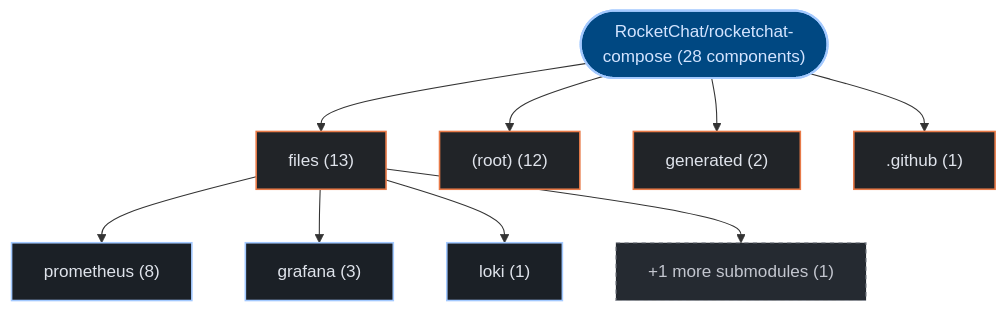
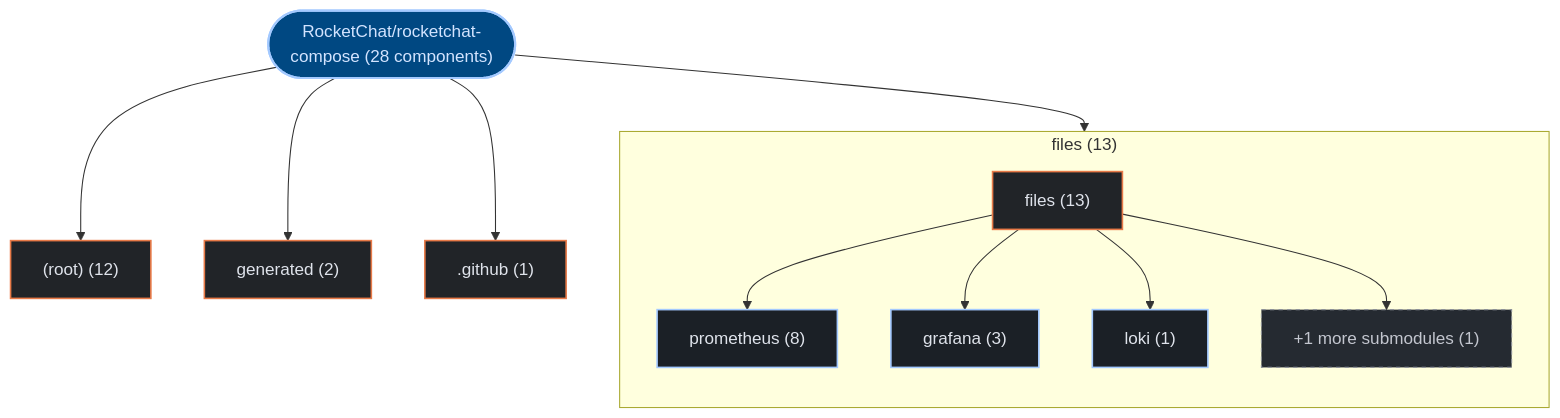
One commit to kumarshaz/atruss-code-atlas changed the first of 3 diagrams in exports/latest/reports/RocketChat-rocketchat-compose-report.md. Above: the diagram before and after it, drawn with Mermaid. The commit also changed 178 other files, not shown here.

Commit message:
feat(ui,mermaid): upgrade to mermaid v12 + ELK layout, add orgs-summary + pagination, subgraph building blocks, fix tab alignment

````diff
--- a/exports/latest/reports/RocketChat-rocketchat-compose-report.md
+++ b/exports/latest/reports/RocketChat-rocketchat-compose-report.md
@@ -41,27 +41,30 @@
 ```mermaid
 graph TD;
   classDef atlasRoot fill:#004882,stroke:#a3c9ff,stroke-width:2px,color:#d3e4ff
   classDef atlasCategory fill:#212428,stroke:#E87A48,stroke-width:1.5px,color:#dfe3eb
   classDef atlasWorkflow fill:#1b2026,stroke:#a3c9ff,stroke-width:1.5px,color:#dfe3eb
   classDef atlasJob fill:#171c22,stroke:#8d9199,stroke-width:1px,color:#dfe3eb
   classDef atlasTarget fill:#005227,stroke:#8bd99b,stroke-width:1.5px,color:#a7f6b6
   classDef atlasAlert fill:#93000a,stroke:#ffb4ab,stroke-width:1.5px,color:#ffdad6
   classDef atlasMore fill:#252a31,stroke:#8d9199,stroke-dasharray:4 4,color:#c3c6cf
     repo_root(["RocketChat/rocketchat-compose (28 components)"]):::atlasRoot
-    dir_0_files["files (13)"]:::atlasCategory
+    subgraph sg_dir_0_files["files (13)"]
+      direction TB
+      dir_0_files["files (13)"]:::atlasCategory
+      sub_0_0_prometheus["prometheus (8)"]:::atlasWorkflow
+      dir_0_files --> sub_0_0_prometheus
+      sub_0_1_grafana["grafana (3)"]:::atlasWorkflow
+      dir_0_files --> sub_0_1_grafana
+      sub_0_2_loki["loki (1)"]:::atlasWorkflow
+      dir_0_files --> sub_0_2_loki
+      sub_0_more["+1 more submodules (1)"]:::atlasMore
+      dir_0_files --> sub_0_more
+    end
     repo_root --> dir_0_files
-    sub_0_0_prometheus["prometheus (8)"]:::atlasWorkflow
-    dir_0_files --> sub_0_0_prometheus
-    sub_0_1_grafana["grafana (3)"]:::atlasWorkflow
-    dir_0_files --> sub_0_1_grafana
-    sub_0_2_loki["loki (1)"]:::atlasWorkflow
-    dir_0_files --> sub_0_2_loki
-    sub_0_more["+1 more submodules (1)"]:::atlasMore
-    dir_0_files --> sub_0_more
     dir_1__root_["(root) (12)"]:::atlasCategory
     repo_root --> dir_1__root_
     dir_2_generated["generated (2)"]:::atlasCategory
     repo_root --> dir_2_generated
     dir_3__github[".github (1)"]:::atlasCategory
     repo_root --> dir_3__github
 ```
````
